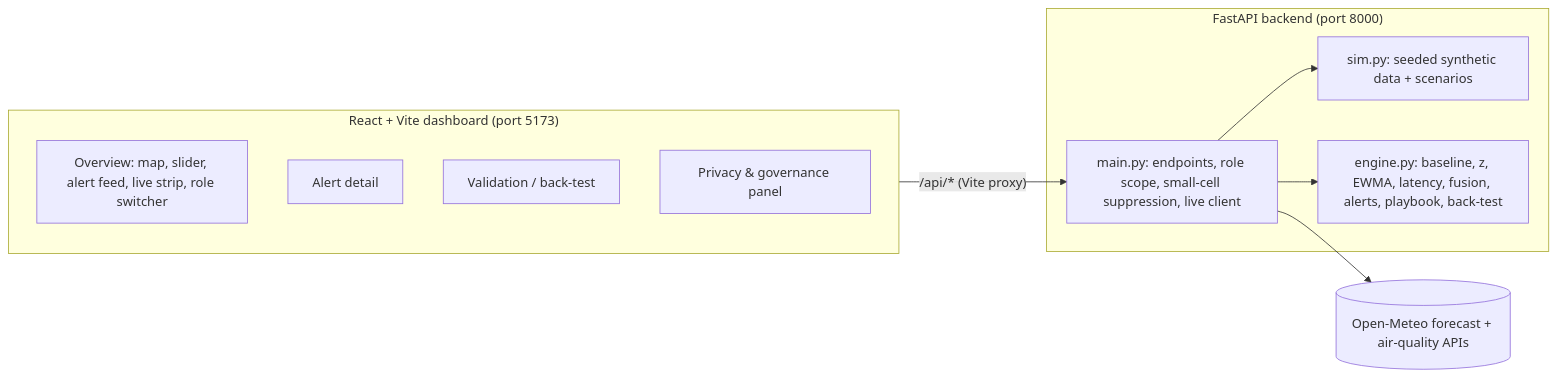
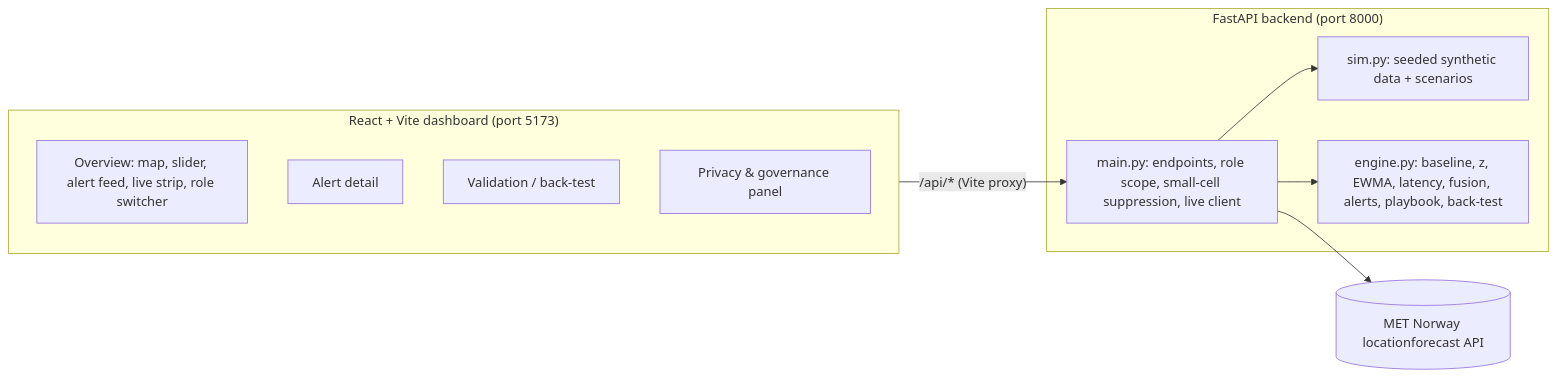
One commit to ArhamAzad2004/health-early-warning changed the diagram in docs/TRD.md. Above: the diagram before and after it, drawn with Mermaid. The commit also changed other lines of this file and 7 other files, not shown here.

First line of the commit message:
Switch live weather to MET Norway (#56)

````diff
--- a/docs/TRD.md
+++ b/docs/TRD.md
@@ -5,18 +5,18 @@
 ```mermaid
 flowchart LR
   subgraph Browser["React + Vite dashboard (port 5173)"]
     OV[Overview: map, slider, alert feed, live strip, role switcher]
     AD[Alert detail]
     VAL[Validation / back-test]
     PG[Privacy & governance panel]
   end
   subgraph API["FastAPI backend (port 8000)"]
     SIM[sim.py: seeded synthetic data + scenarios]
     ENG[engine.py: baseline, z, EWMA, latency, fusion, alerts, playbook, back-test]
     MAIN[main.py: endpoints, role scope, small-cell suppression, live client]
   end
-  OM[(Open-Meteo forecast + air-quality APIs)]
+  OM[(MET Norway locationforecast API)]
   Browser -- "/api/* (Vite proxy)" --> MAIN
   MAIN --> SIM & ENG
   MAIN --> OM
 ```
````
